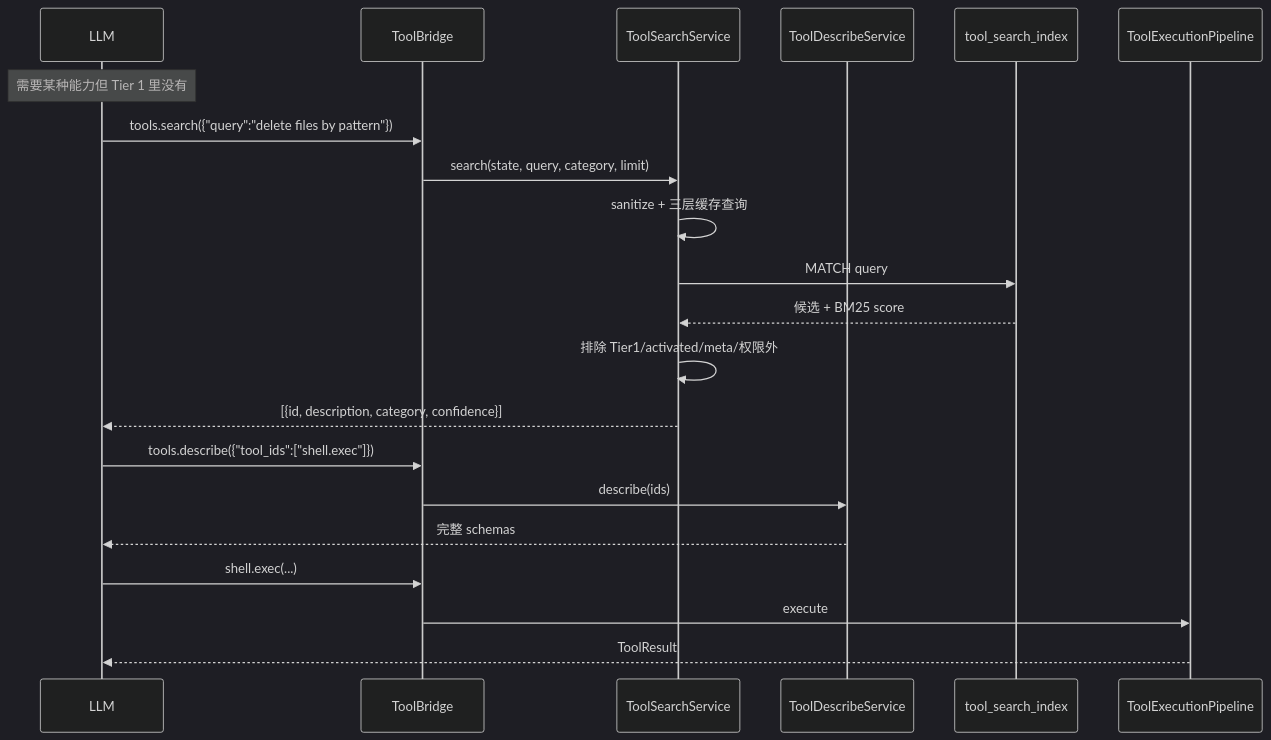
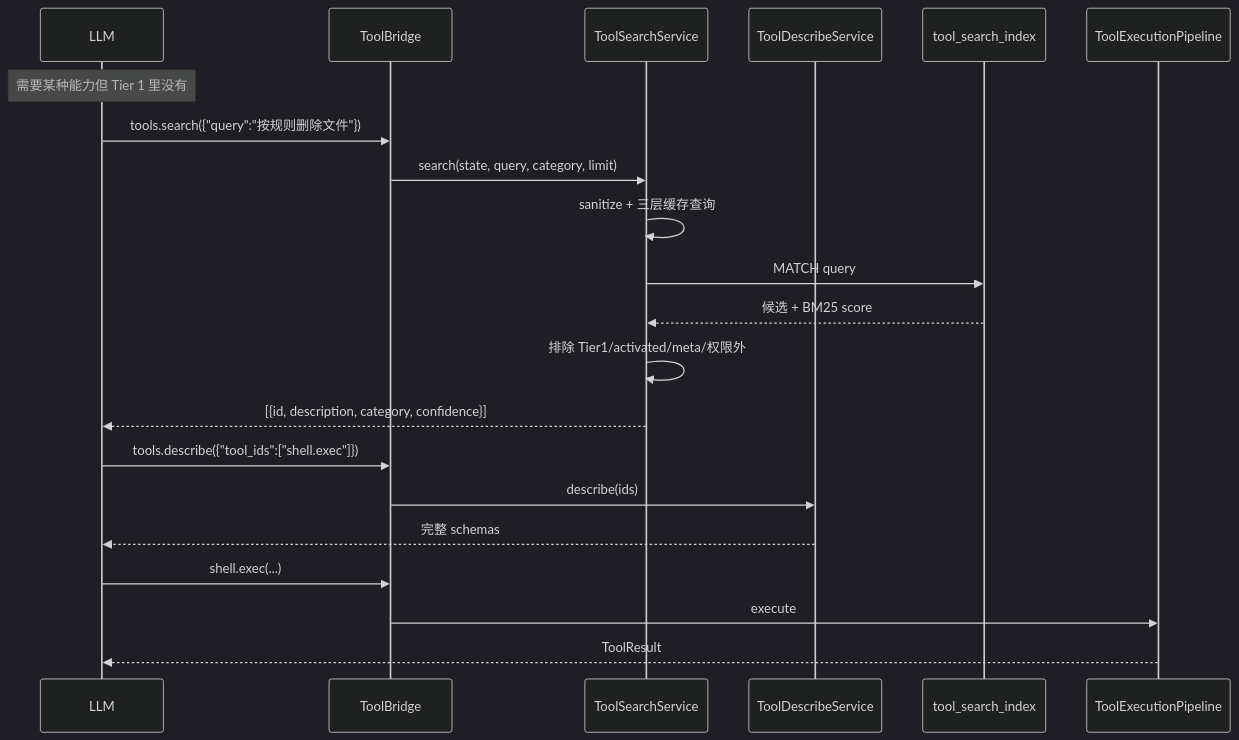
One commit to ntygod/LifePilot changed the third of 3 diagrams in docs/architecture/tool-ecosystem.md. Above: the diagram before and after it, drawn with Mermaid (dark theme). The commit also changed other lines of this file and 170 other files, not shown here.

````diff
--- a/docs/architecture/tool-ecosystem.md
+++ b/docs/architecture/tool-ecosystem.md
@@ -172,24 +169,24 @@
 ```mermaid
 sequenceDiagram
     participant LLM as LLM
     participant BR as ToolBridge
     participant SS as ToolSearchService
     participant DS as ToolDescribeService
     participant FTS as tool_search_index
     participant P as ToolExecutionPipeline
 
     Note over LLM: 需要某种能力但 Tier 1 里没有
-    LLM->>BR: tools.search({"query":"delete files by pattern"})
+    LLM->>BR: tools.search({"query":"按规则删除文件"})
     BR->>SS: search(state, query, category, limit)
     SS->>SS: sanitize + 三层缓存查询
     SS->>FTS: MATCH query
     FTS-->>SS: 候选 + BM25 score
     SS->>SS: 排除 Tier1/activated/meta/权限外
     SS-->>LLM: [{id, description, category, confidence}]
     LLM->>BR: tools.describe({"tool_ids":["shell.exec"]})
     BR->>DS: describe(ids)
     DS-->>LLM: 完整 schemas
     LLM->>BR: shell.exec(...)
     BR->>P: execute
     P-->>LLM: ToolResult
 ```
````
